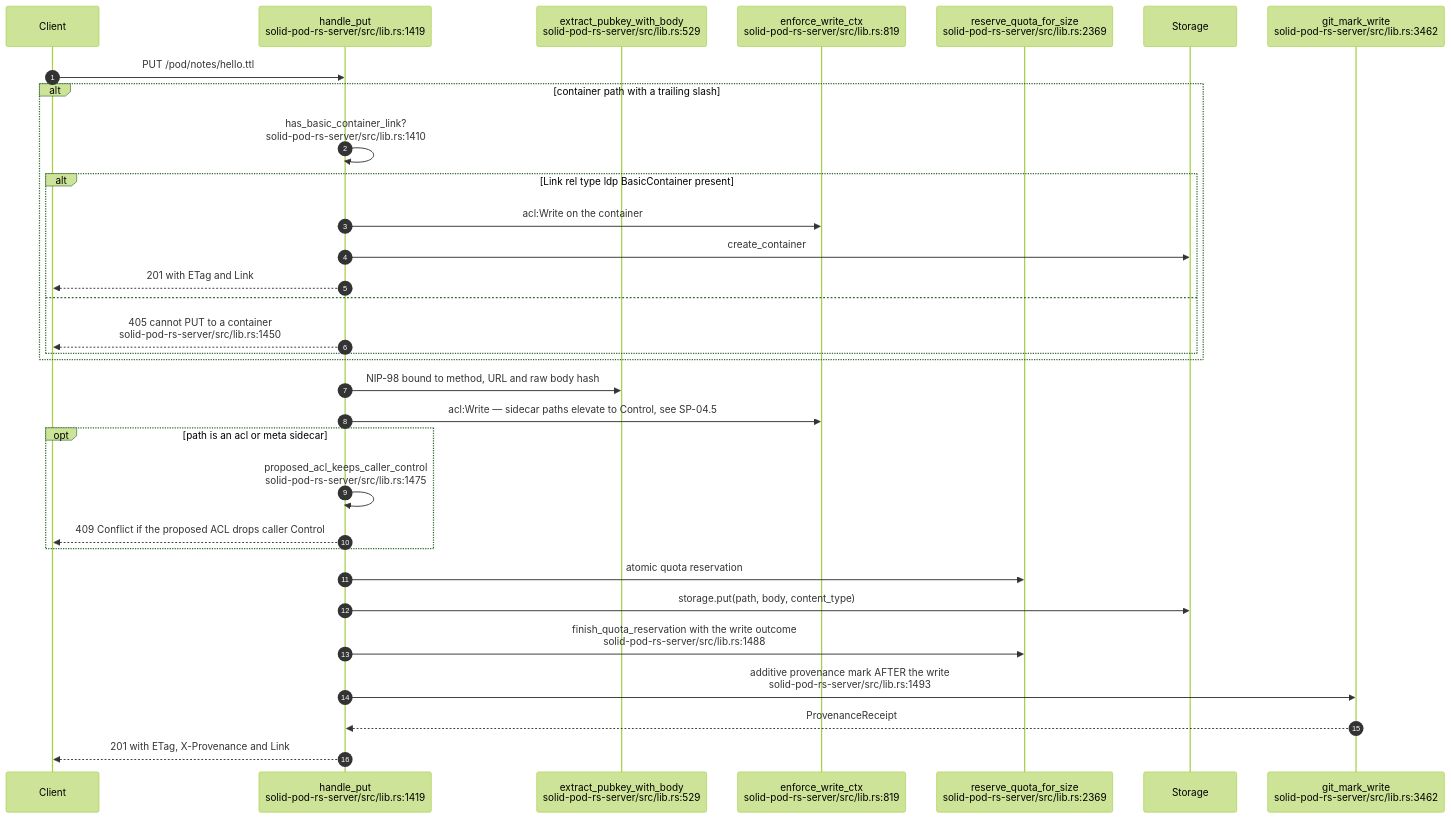
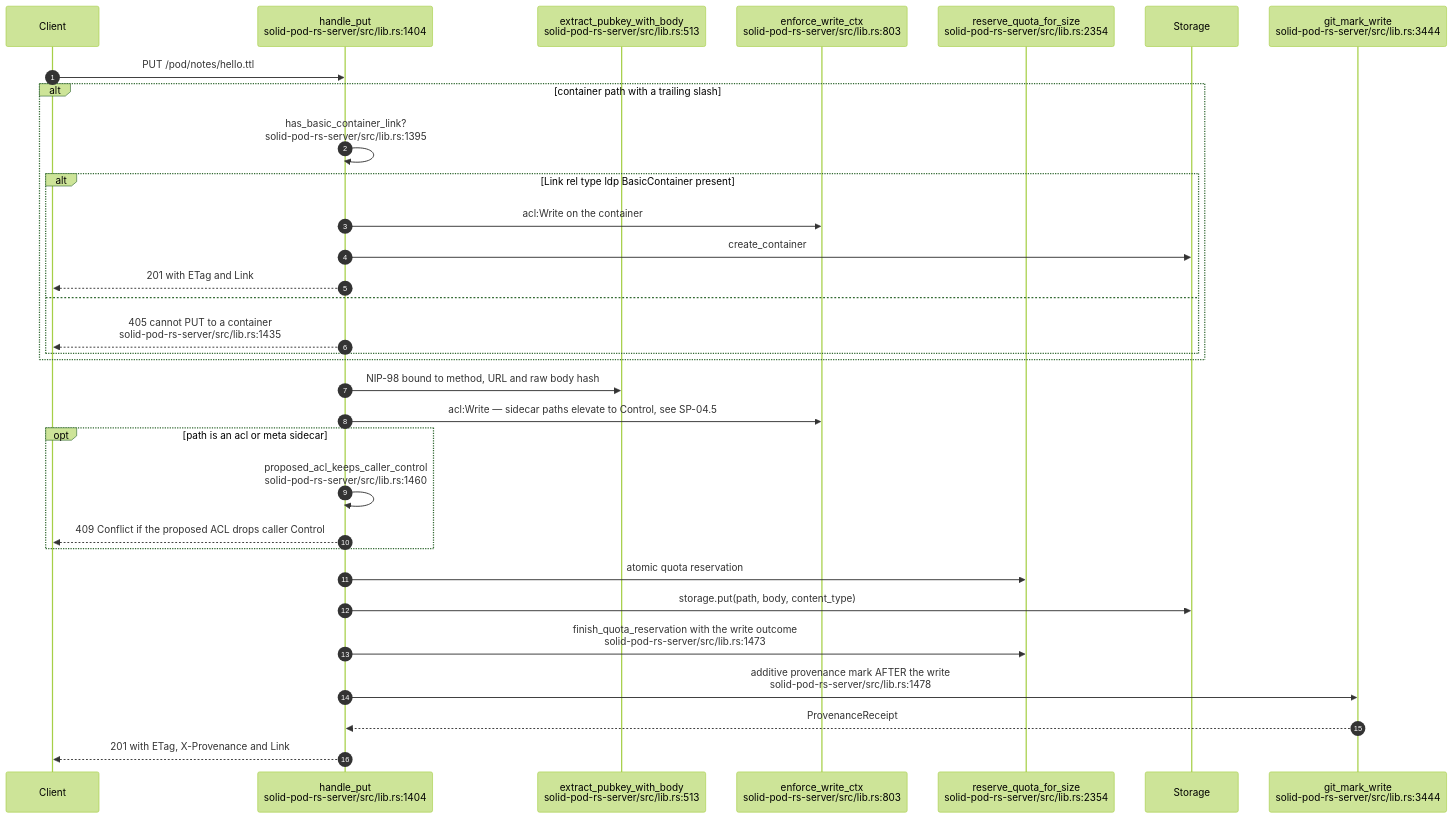
Before and after one commit to DreamLab-AI/VisionFlow: the third of 11 diagrams in docs/diagrams/solid-pod-rs/03-ldp-request-lifecycle.md, drawn with Mermaid (forest theme). The commit also changed other lines of this file and 21 other files, not shown here.

Commit message:
docs(diagrams): refresh first verified estate batch

````diff
--- a/docs/diagrams/solid-pod-rs/03-ldp-request-lifecycle.md
+++ b/docs/diagrams/solid-pod-rs/03-ldp-request-lifecycle.md
@@ -81,35 +81,35 @@
 ```mermaid
 sequenceDiagram
     autonumber
     participant C as Client
-    participant P as handle_put<br/>solid-pod-rs-server/src/lib.rs:1419
-    participant AU as extract_pubkey_with_body<br/>solid-pod-rs-server/src/lib.rs:529
-    participant W as enforce_write_ctx<br/>solid-pod-rs-server/src/lib.rs:819
-    participant Q as reserve_quota_for_size<br/>solid-pod-rs-server/src/lib.rs:2369
+    participant P as handle_put<br/>solid-pod-rs-server/src/lib.rs:1404
+    participant AU as extract_pubkey_with_body<br/>solid-pod-rs-server/src/lib.rs:513
+    participant W as enforce_write_ctx<br/>solid-pod-rs-server/src/lib.rs:803
+    participant Q as reserve_quota_for_size<br/>solid-pod-rs-server/src/lib.rs:2354
     participant S as Storage
-    participant GM as git_mark_write<br/>solid-pod-rs-server/src/lib.rs:3462
+    participant GM as git_mark_write<br/>solid-pod-rs-server/src/lib.rs:3444
 
     C->>P: PUT /pod/notes/hello.ttl
     alt container path with a trailing slash
-        P->>P: has_basic_container_link?<br/>solid-pod-rs-server/src/lib.rs:1410
+        P->>P: has_basic_container_link?<br/>solid-pod-rs-server/src/lib.rs:1395
         alt Link rel type ldp BasicContainer present
             P->>W: acl:Write on the container
             P->>S: create_container
             P-->>C: 201 with ETag and Link
         else
-            P-->>C: 405 cannot PUT to a container<br/>solid-pod-rs-server/src/lib.rs:1450
+            P-->>C: 405 cannot PUT to a container<br/>solid-pod-rs-server/src/lib.rs:1435
         end
     end
     P->>AU: NIP-98 bound to method, URL and raw body hash
     P->>W: acl:Write — sidecar paths elevate to Control, see SP-04.5
     opt path is an acl or meta sidecar
-        P->>P: proposed_acl_keeps_caller_control<br/>solid-pod-rs-server/src/lib.rs:1475
+        P->>P: proposed_acl_keeps_caller_control<br/>solid-pod-rs-server/src/lib.rs:1460
         P-->>C: 409 Conflict if the proposed ACL drops caller Control
     end
     P->>Q: atomic quota reservation
     P->>S: storage.put(path, body, content_type)
-    P->>Q: finish_quota_reservation with the write outcome<br/>solid-pod-rs-server/src/lib.rs:1488
-    P->>GM: additive provenance mark AFTER the write<br/>solid-pod-rs-server/src/lib.rs:1493
+    P->>Q: finish_quota_reservation with the write outcome<br/>solid-pod-rs-server/src/lib.rs:1473
+    P->>GM: additive provenance mark AFTER the write<br/>solid-pod-rs-server/src/lib.rs:1478
     GM-->>P: ProvenanceReceipt
     P-->>C: 201 with ETag, X-Provenance and Link
 ```
````
